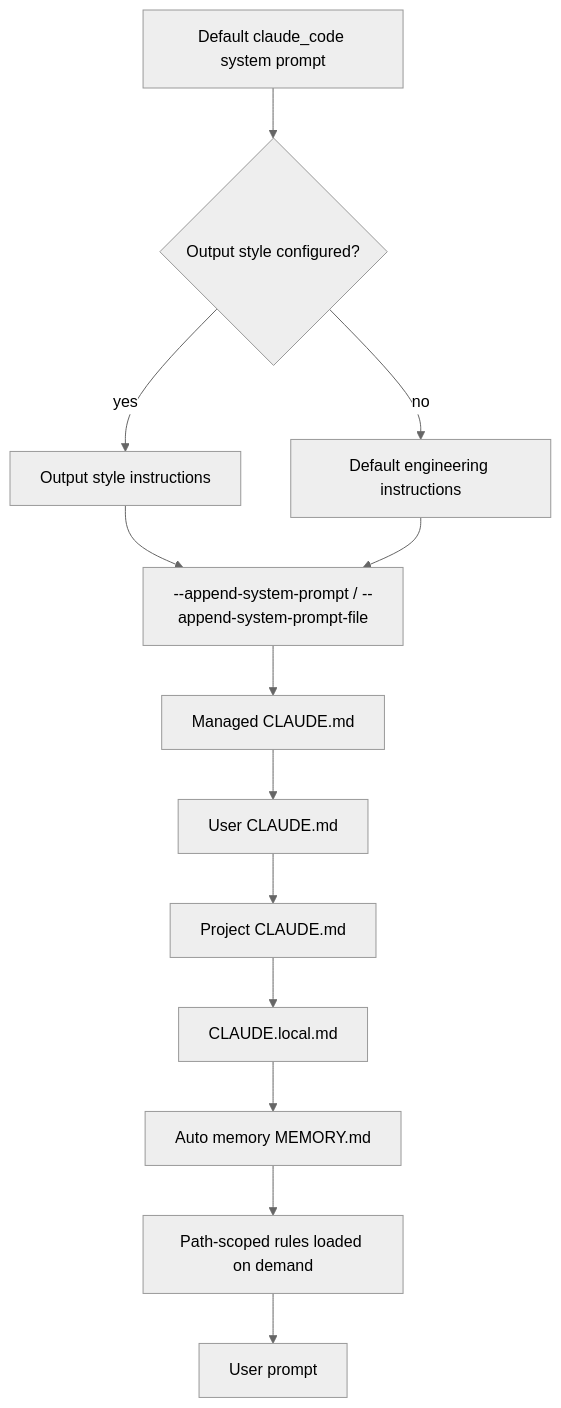
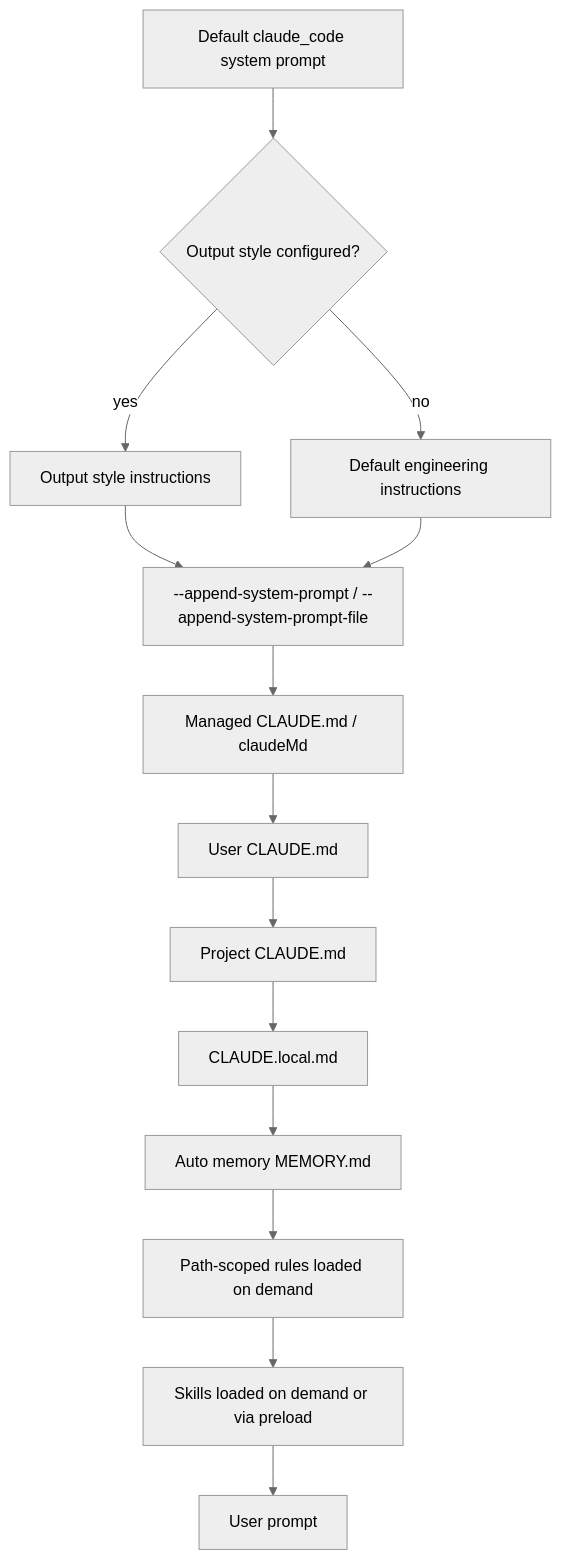
Before and after one commit to yankeeinlondon/rusty-biscuit: the diagram in claudine/docs/research/system-prompt/claude.md, drawn with Mermaid (neutral theme). The commit also changed other lines of this file and 9 other files, not shown here.

````diff
--- a/claudine/docs/research/system-prompt/claude.md
+++ b/claudine/docs/research/system-prompt/claude.md
@@ -328,15 +778,16 @@
 ```mermaid
 graph TD
     A[Default claude_code system prompt] --> B{Output style configured?}
     B -- yes --> C[Output style instructions]
     B -- no --> D[Default engineering instructions]
     C --> E[--append-system-prompt / --append-system-prompt-file]
     D --> E
-    E --> F[Managed CLAUDE.md]
+    E --> F[Managed CLAUDE.md / claudeMd]
     F --> G[User CLAUDE.md]
     G --> H[Project CLAUDE.md]
     H --> I[CLAUDE.local.md]
     I --> J[Auto memory MEMORY.md]
     J --> K[Path-scoped rules loaded on demand]
-    K --> L[User prompt]
+    K --> L[Skills loaded on demand or via preload]
+    L --> M[User prompt]
 ```
````
